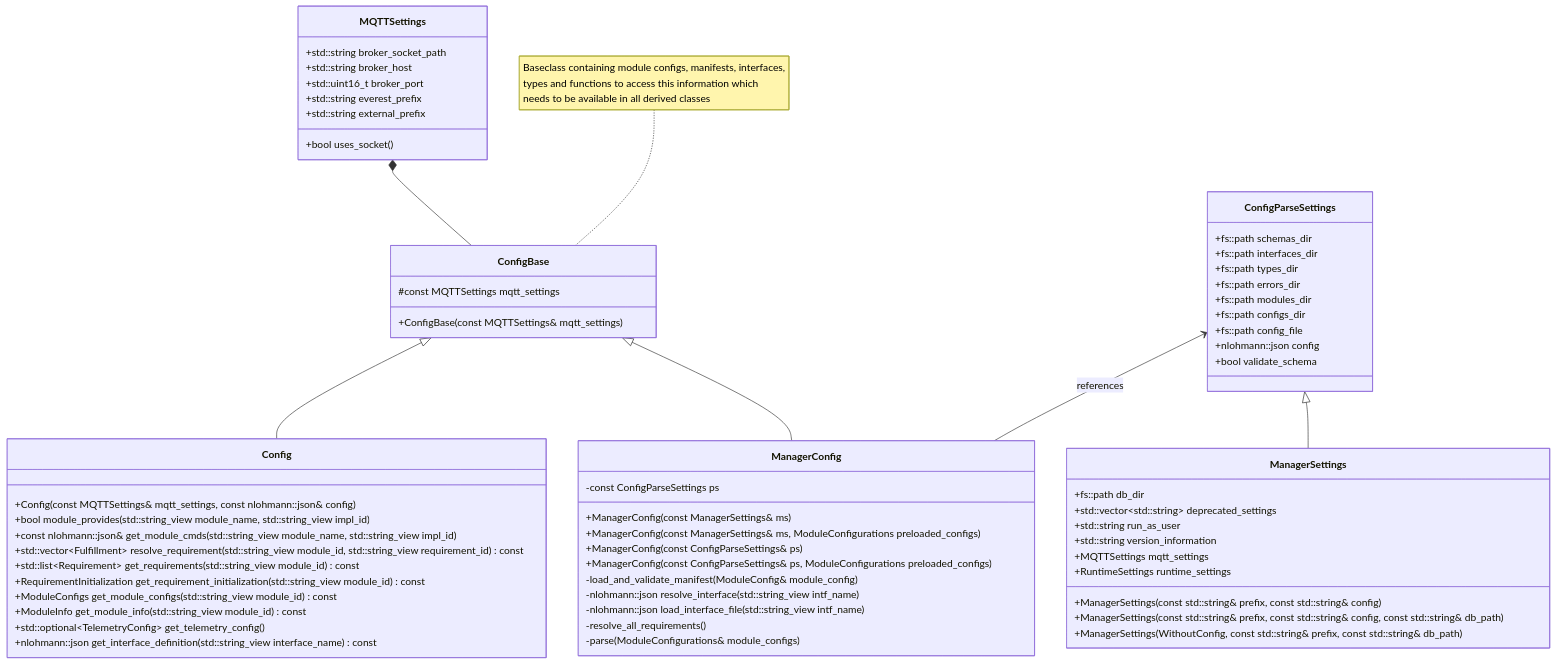
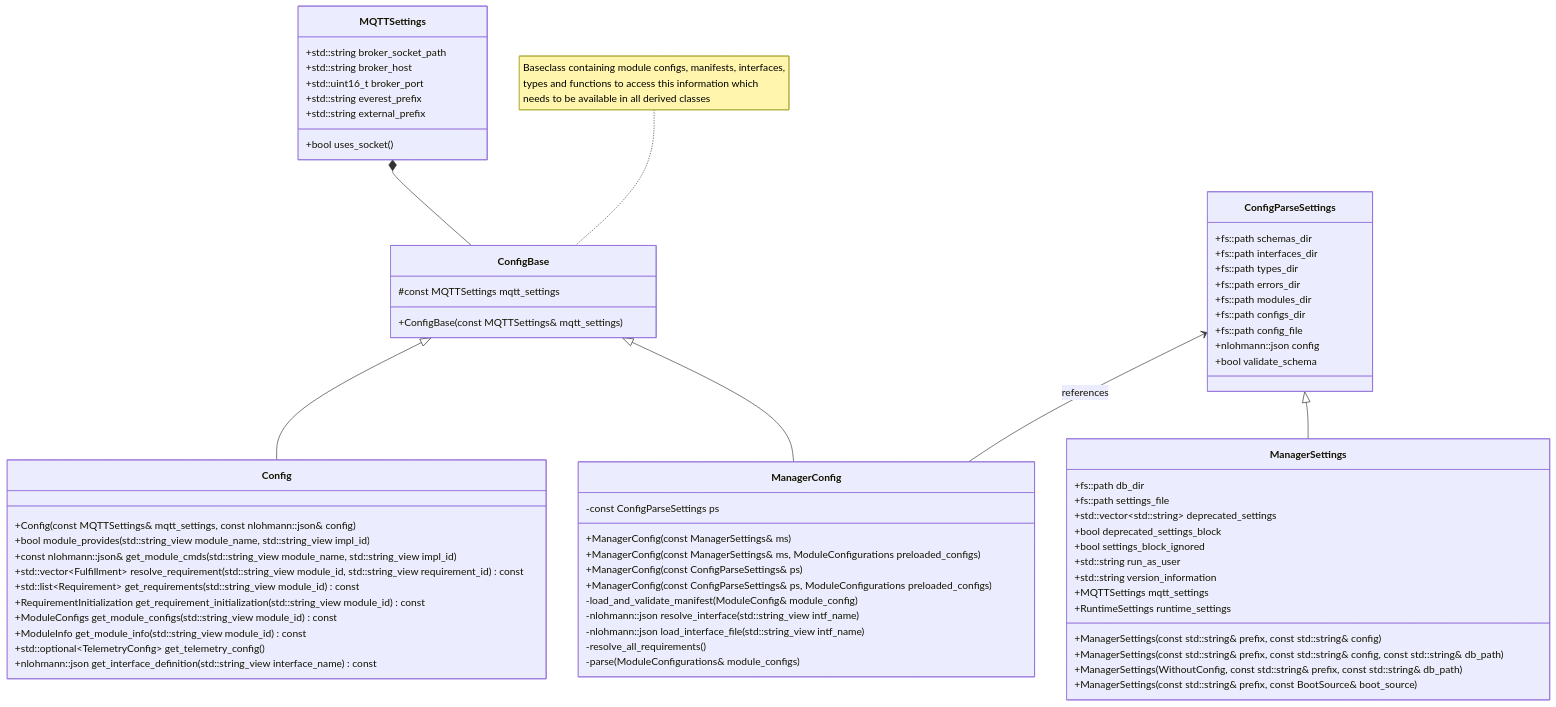
One commit to EVerest/EVerest changed the second of 2 diagrams in lib/everest/framework/docs/MQTTConfigDistribution.md. Above: the diagram before and after it, drawn with Mermaid. The commit also changed other lines of this file and 21 other files, not shown here.

First line of the commit message:
feat(framework): add --settings option for manager settings

````diff
--- a/lib/everest/framework/docs/MQTTConfigDistribution.md
+++ b/lib/everest/framework/docs/MQTTConfigDistribution.md
@@ -57,78 +57,82 @@
 ```mermaid
 classDiagram
 ConfigBase <|-- ManagerConfig
 ConfigBase <|-- Config
 ConfigParseSettings <|-- ManagerSettings
 MQTTSettings *-- ConfigBase
 ConfigParseSettings <-- ManagerConfig : references
 
 note for ConfigBase "
 Baseclass containing module configs, manifests, interfaces,
 types and functions to access this information which
 needs to be available in all derived classes
 "
 
 class ConfigParseSettings{
     +fs::path schemas_dir
     +fs::path interfaces_dir
     +fs::path types_dir
     +fs::path errors_dir
     +fs::path modules_dir
     +fs::path configs_dir
     +fs::path config_file
     +nlohmann::json config
     +bool validate_schema
 }
 
 class ManagerSettings{
     +fs::path db_dir
+    +fs::path settings_file
     +std::vector~std::string~ deprecated_settings
+    +bool deprecated_settings_block
+    +bool settings_block_ignored
     +std::string run_as_user
     +std::string version_information
     +MQTTSettings mqtt_settings
     +RuntimeSettings runtime_settings
     +ManagerSettings(const std::string& prefix, const std::string& config)
     +ManagerSettings(const std::string& prefix, const std::string& config, const std::string& db_path)
     +ManagerSettings(WithoutConfig, const std::string& prefix, const std::string& db_path)
+    +ManagerSettings(const std::string& prefix, const BootSource& boot_source)
 }
 
 class MQTTSettings{
     +std::string broker_socket_path
     +std::string broker_host
     +std::uint16_t broker_port
     +std::string everest_prefix
     +std::string external_prefix
     +bool uses_socket()
 }
 
 class ConfigBase{
     #const MQTTSettings mqtt_settings
     +ConfigBase(const MQTTSettings& mqtt_settings)
 }
 
 class ManagerConfig{
     -const ConfigParseSettings ps
     +ManagerConfig(const ManagerSettings& ms)
     +ManagerConfig(const ManagerSettings& ms, ModuleConfigurations preloaded_configs)
     +ManagerConfig(const ConfigParseSettings& ps)
     +ManagerConfig(const ConfigParseSettings& ps, ModuleConfigurations preloaded_configs)
     -load_and_validate_manifest(ModuleConfig& module_config)
     -nlohmann::json resolve_interface(std::string_view intf_name)
     -nlohmann::json load_interface_file(std::string_view intf_name)
     -resolve_all_requirements()
     -parse(ModuleConfigurations& module_configs)
 }
 
 class Config{
     +Config(const MQTTSettings& mqtt_settings, const nlohmann::json& config)
     +bool module_provides(std::string_view module_name, std::string_view impl_id)
     +const nlohmann::json& get_module_cmds(std::string_view module_name, std::string_view impl_id)
     +std::vector~Fulfillment~ resolve_requirement(std::string_view module_id, std::string_view requirement_id) const
     +std::list~Requirement~ get_requirements(std::string_view module_id) const
     +RequirementInitialization get_requirement_initialization(std::string_view module_id) const
     +ModuleConfigs get_module_configs(std::string_view module_id) const
     +ModuleInfo get_module_info(std::string_view module_id) const
     +std::optional~TelemetryConfig~ get_telemetry_config()
     +nlohmann::json get_interface_definition(std::string_view interface_name) const
 }
 ```
````
